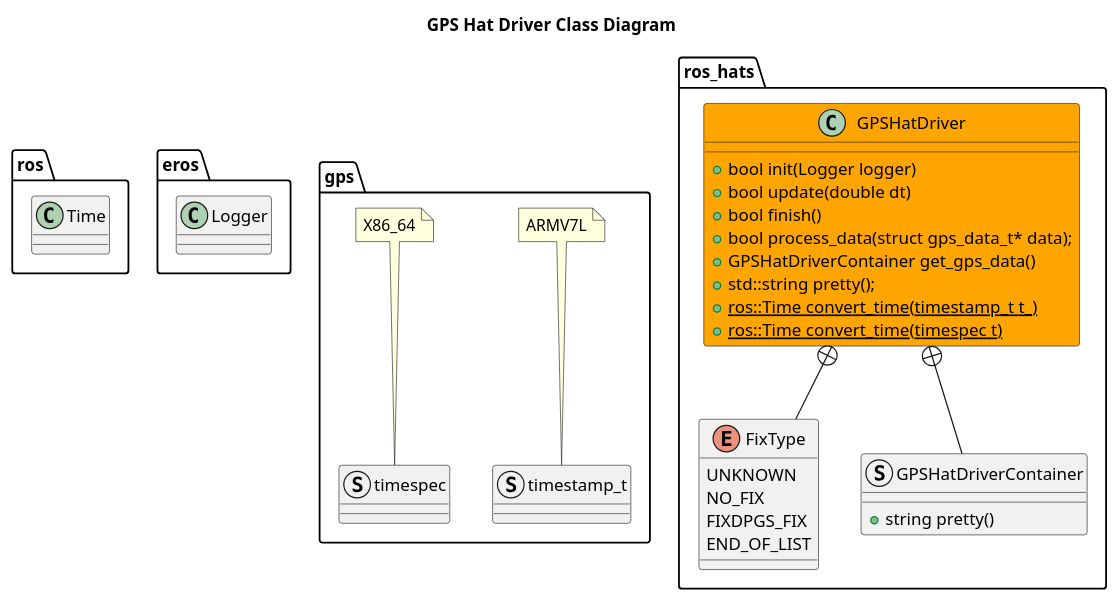
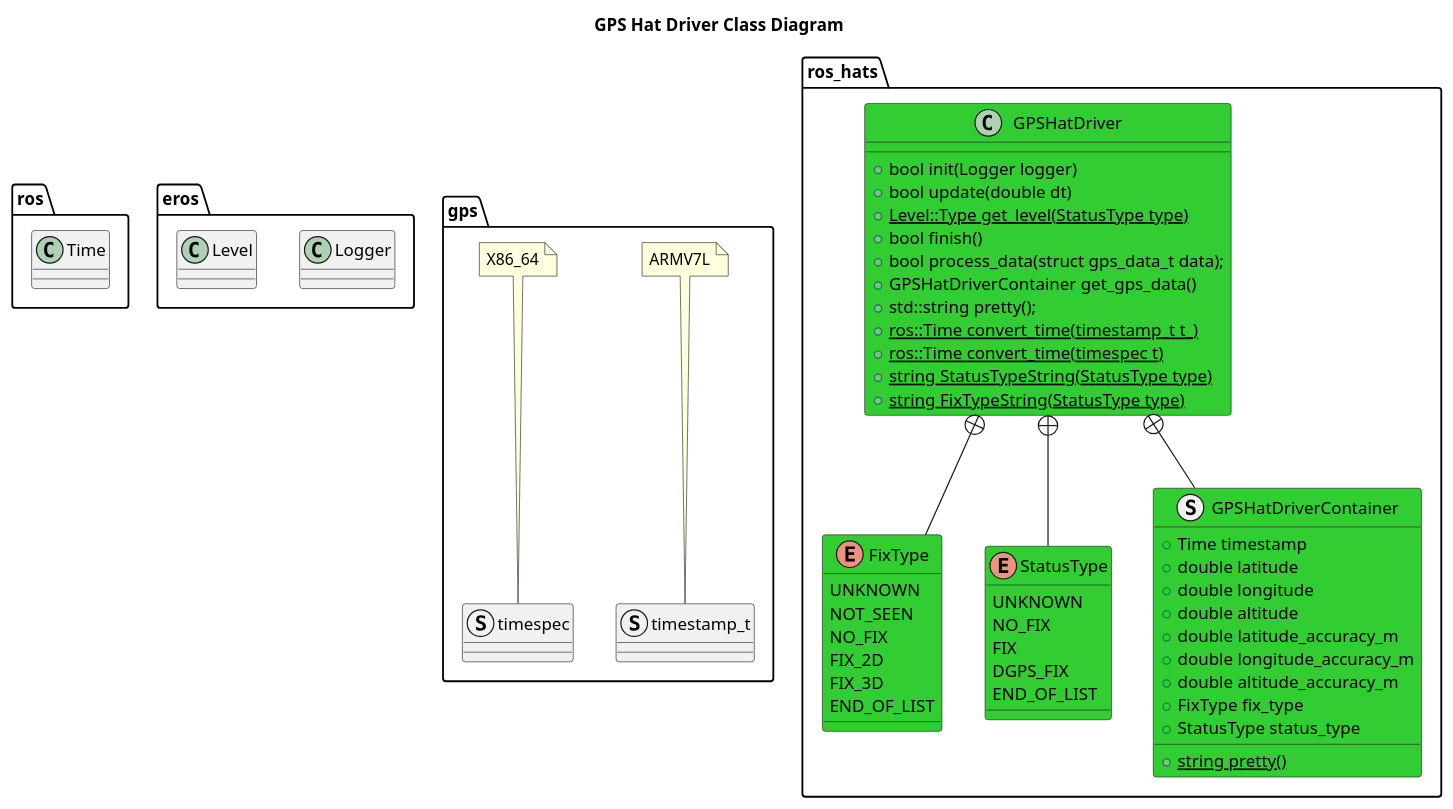
One commit to dgitz/ros_hats changed the diagram in nodes/GPSHatNode/driver/GPSHatDriver/doc/GPSHatDriverClassDiagram.puml. Above: the diagram before and after it, drawn with PlantUML. The commit also changed 19 other files, not shown here.

```diff
--- a/nodes/GPSHatNode/driver/GPSHatDriver/doc/GPSHatDriverClassDiagram.puml
+++ b/nodes/GPSHatNode/driver/GPSHatDriver/doc/GPSHatDriverClassDiagram.puml
@@ -1,43 +1,66 @@
 @startuml
 title GPS Hat Driver Class Diagram
 namespace ros {
     class Time
 }
 namespace eros {
     class Logger
+    class Level
 }
 package gps {
     struct timestamp_t
     struct timespec
 note top of timestamp_t 
     ARMV7L
 end note
 note top of timespec 
     X86_64
 end note
 }
 
 namespace ros_hats {
-    class GPSHatDriver #Orange {
+    class GPSHatDriver #LimeGreen {
         +bool init(Logger logger)
         +bool update(double dt)
+        +{static} Level::Type get_level(StatusType type)
         +bool finish()
-        +bool process_data(struct gps_data_t* data);
+        +bool process_data(struct gps_data_t data);
         +GPSHatDriverContainer get_gps_data()
         +std::string pretty();
         +{static} ros::Time convert_time(timestamp_t t_)
         +{static} ros::Time convert_time(timespec t)
+        +{static} string StatusTypeString(StatusType type)
+        +{static} string FixTypeString(StatusType type)
     }
-    enum FixType {
+    enum FixType #LimeGreen {
+        UNKNOWN
+        NOT_SEEN
+        NO_FIX
+        FIX_2D
+        FIX_3D
+        END_OF_LIST
+    }
+    enum StatusType #LimeGreen {
         UNKNOWN
         NO_FIX
-        FIXDPGS_FIX
+        FIX
+        DGPS_FIX
         END_OF_LIST
     }
-    struct GPSHatDriverContainer {
-        +string pretty()
+    struct GPSHatDriverContainer #LimeGreen {
+        +Time timestamp
+        +double latitude
+        +double longitude
+        +double altitude
+        +double latitude_accuracy_m
+        +double longitude_accuracy_m
+        +double altitude_accuracy_m
+        +FixType fix_type
+        +StatusType status_type
+        +{static}string pretty()
     }
     GPSHatDriver +-- FixType
+    GPSHatDriver +-- StatusType
     GPSHatDriver +-- GPSHatDriverContainer
 }
 @enduml
```
